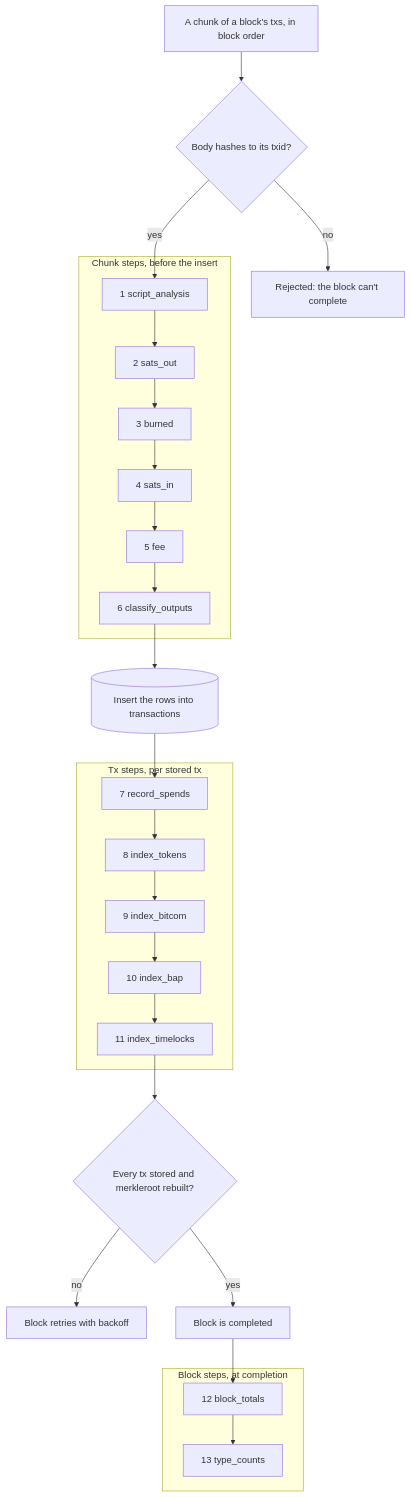
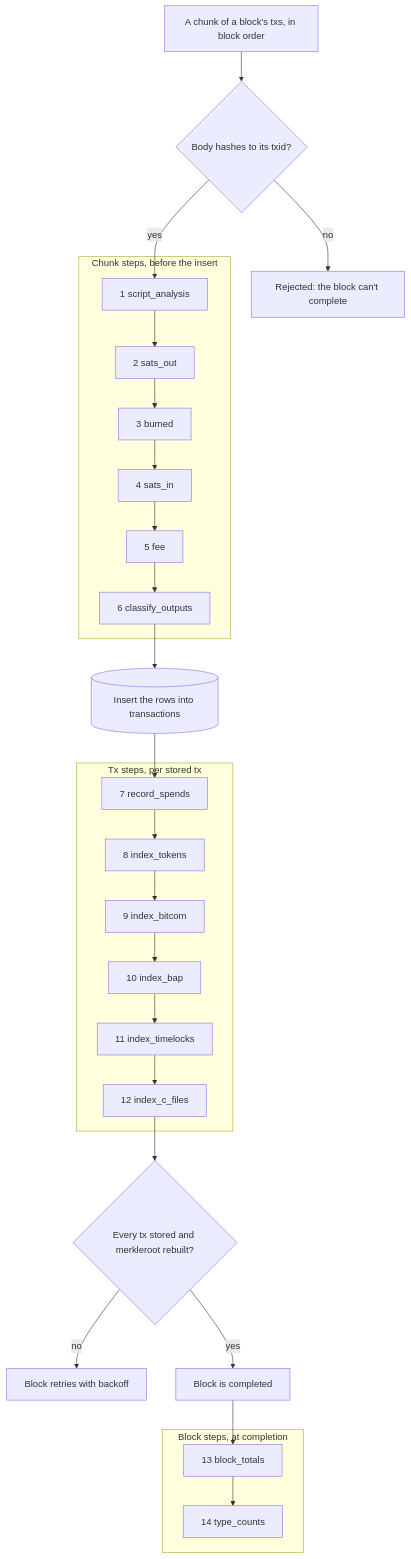
Before and after one commit to afomi/bitblocks: the diagram in docs/TX_PIPELINE.md, drawn with Mermaid. The commit also changed other lines of this file and 25 other files, not shown here.

````diff
--- a/docs/TX_PIPELINE.md
+++ b/docs/TX_PIPELINE.md
@@ -103,21 +104,21 @@
 ```mermaid
 flowchart TD
   in["A chunk of a block's txs, in block order"] --> gate{"Body hashes to its txid?"}
   gate -- no --> rejected["Rejected: the block can't complete"]
   gate -- yes --> s1["1 script_analysis"]
   subgraph chunk["Chunk steps, before the insert"]
     s1 --> s2["2 sats_out"] --> s3["3 burned"] --> s4["4 sats_in"] --> s5["5 fee"] --> s6["6 classify_outputs"]
   end
   s6 --> insert[("Insert the rows into transactions")]
   insert --> s7
   subgraph tx["Tx steps, per stored tx"]
-    s7["7 record_spends"] --> s8["8 index_tokens"] --> s9["9 index_bitcom"] --> s10["10 index_bap"] --> s11["11 index_timelocks"]
+    s7["7 record_spends"] --> s8["8 index_tokens"] --> s9["9 index_bitcom"] --> s10["10 index_bap"] --> s11["11 index_timelocks"] --> s12["12 index_c_files"]
   end
-  s11 --> check{"Every tx stored and merkleroot rebuilt?"}
+  s12 --> check{"Every tx stored and merkleroot rebuilt?"}
   check -- no --> retry["Block retries with backoff"]
   check -- yes --> done["Block is completed"]
-  done --> s12
+  done --> s13
   subgraph block["Block steps, at completion"]
-    s12["12 block_totals"] --> s13["13 type_counts"]
+    s13["13 block_totals"] --> s14["14 type_counts"]
   end
 ```
````
